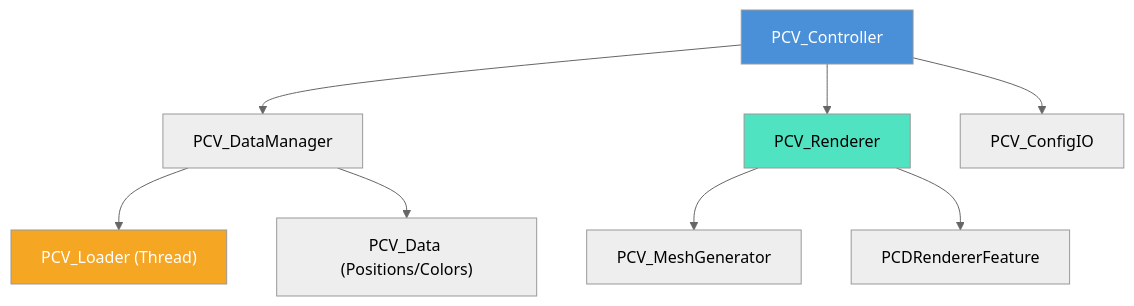
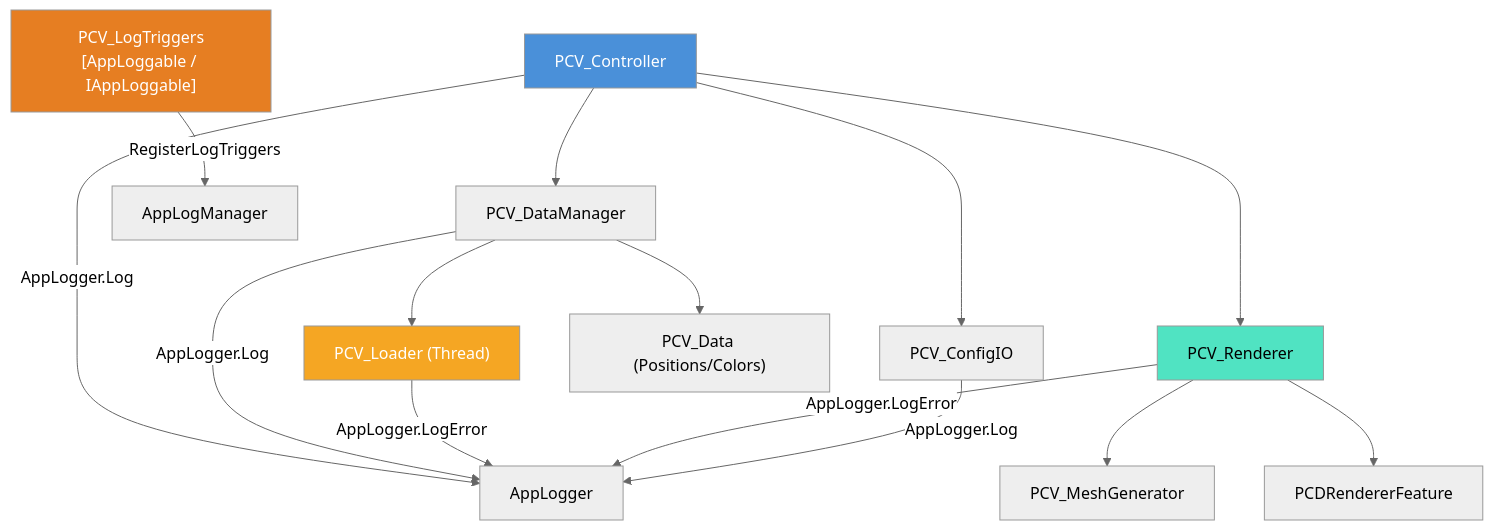
The diagram in Docs/DebugPCV.md (kotetsuOU/HandTrakingDemo), drawn with Mermaid (neutral theme) before and after one commit. The commit also changed other lines of this file and 11 other files, not shown here.

````diff
--- a/Docs/DebugPCV.md
+++ b/Docs/DebugPCV.md
@@ -42,16 +43,24 @@
 ```mermaid
 graph TD
     Controller["PCV_Controller"] --> DataMgr["PCV_DataManager"]
     Controller --> Renderer["PCV_Renderer"]
     Controller --> ConfigIO["PCV_ConfigIO"]
 
     DataMgr --> Loader["PCV_Loader (Thread)"]
     DataMgr --> Data["PCV_Data (Positions/Colors)"]
 
     Renderer --> MeshGen["PCV_MeshGenerator"]
     Renderer --> PCD["PCDRendererFeature"]
 
+    LogTriggers["PCV_LogTriggers<br/>[AppLoggable / IAppLoggable]"] --> |RegisterLogTriggers| AppLogManager["AppLogManager"]
+    Controller --> |AppLogger.Log| AppLogger["AppLogger"]
+    DataMgr --> |AppLogger.Log| AppLogger
+    Loader --> |AppLogger.LogError| AppLogger
+    Renderer --> |AppLogger.LogError| AppLogger
+    ConfigIO --> |AppLogger.Log| AppLogger
+
     style Controller fill:#4a90d9,color:#fff
     style Loader fill:#f5a623,color:#fff
     style Renderer fill:#50e3c2,color:#000
+    style LogTriggers fill:#e67e22,color:#fff
 ```
````
